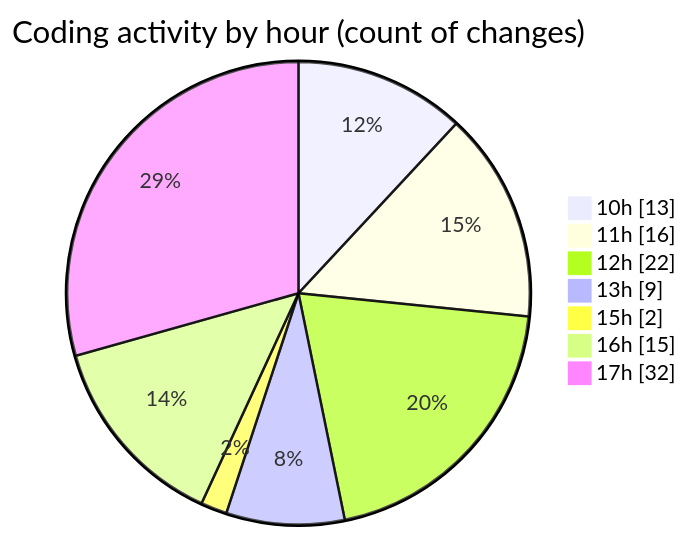
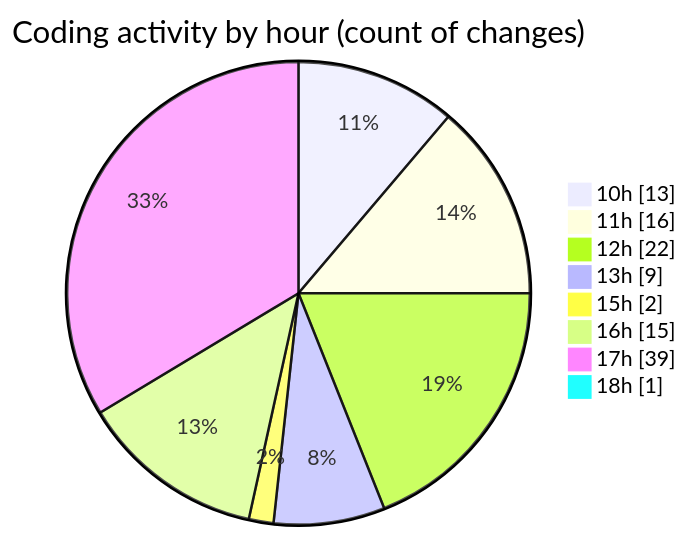
One commit to momahboobian/code-tracking changed the second of 2 diagrams in 2025-05-27/cda/README.md. Above: the diagram before and after it, drawn with Mermaid. The commit also changed other lines of this file and 1 other file, not shown here.

````diff
--- a/2025-05-27/cda/README.md
+++ b/2025-05-27/cda/README.md
@@ -45,11 +46,12 @@
 ```mermaid
 pie showData
 title Coding activity by hour (count of changes)
 "10h" : 13
 "11h" : 16
 "12h" : 22
 "13h" : 9
 "15h" : 2
 "16h" : 15
-"17h" : 32
+"17h" : 39
+"18h" : 1
 ```
````
